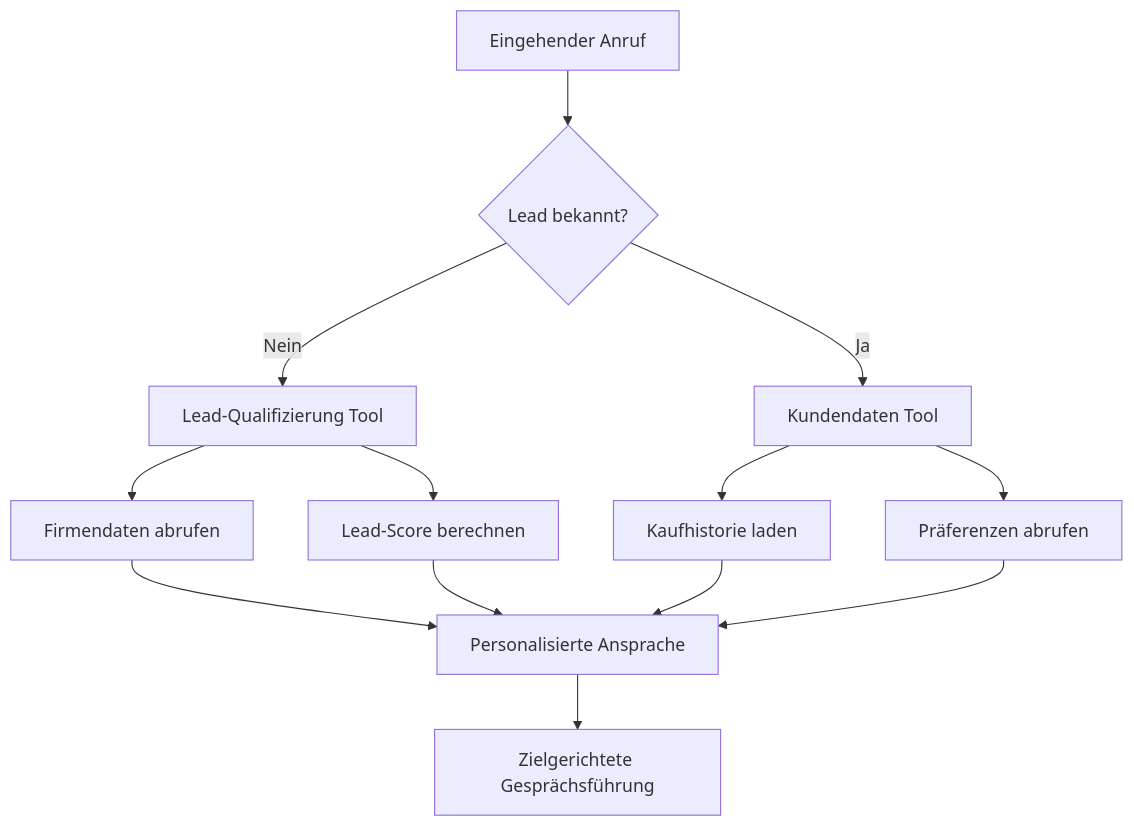
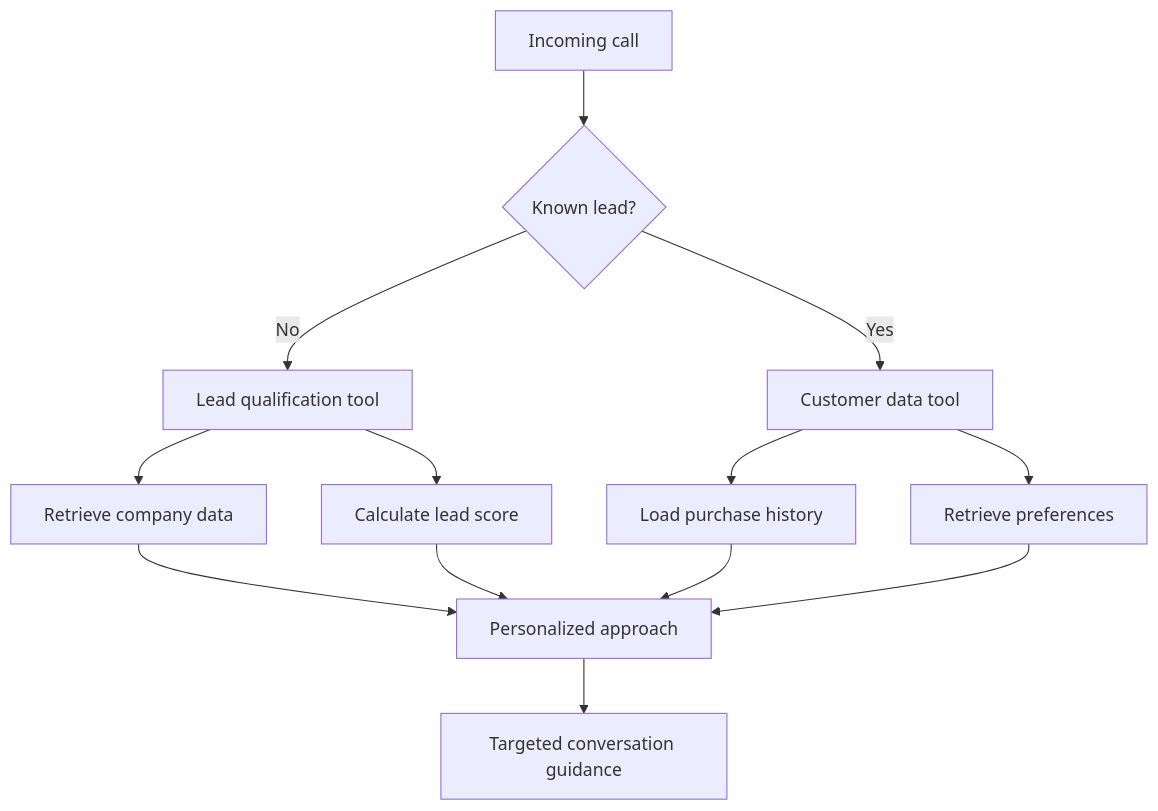
The first of 2 diagrams in en/automation-platform/mid-call-tools/wann-verwenden.mdx (bekgroup/Famulor-docs-de), drawn with Mermaid before and after one commit. The commit also changed other lines of this file and 23 other files, not shown here.

````diff
--- a/en/automation-platform/mid-call-tools/wann-verwenden.mdx
+++ b/en/automation-platform/mid-call-tools/wann-verwenden.mdx
@@ -68,15 +68,15 @@
 ```mermaid
 flowchart TD
-    A[Eingehender Anruf] --> B{Lead bekannt?}
-    B -->|Nein| C[Lead-Qualifizierung Tool]
-    B -->|Ja| D[Kundendaten Tool]
-    C --> E[Firmendaten abrufen]
-    C --> F[Lead-Score berechnen]
-    D --> G[Kaufhistorie laden]
-    D --> H[Präferenzen abrufen]
-    E --> I[Personalisierte Ansprache]
+    A[Incoming call] --> B{Known lead?}
+    B -->|No| C[Lead qualification tool]
+    B -->|Yes| D[Customer data tool]
+    C --> E[Retrieve company data]
+    C --> F[Calculate lead score]
+    D --> G[Load purchase history]
+    D --> H[Retrieve preferences]
+    E --> I[Personalized approach]
     F --> I
     G --> I
     H --> I
-    I --> J[Zielgerichtete Gesprächsführung]
+    I --> J[Targeted conversation guidance]
 ```
````
